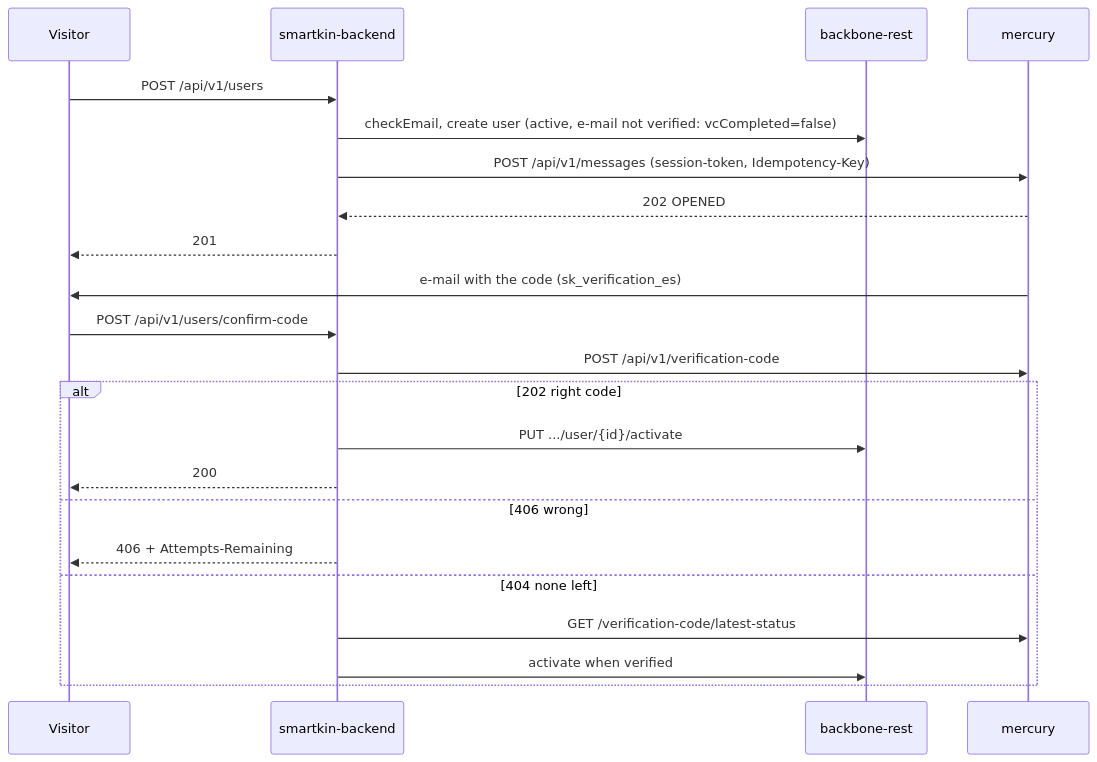
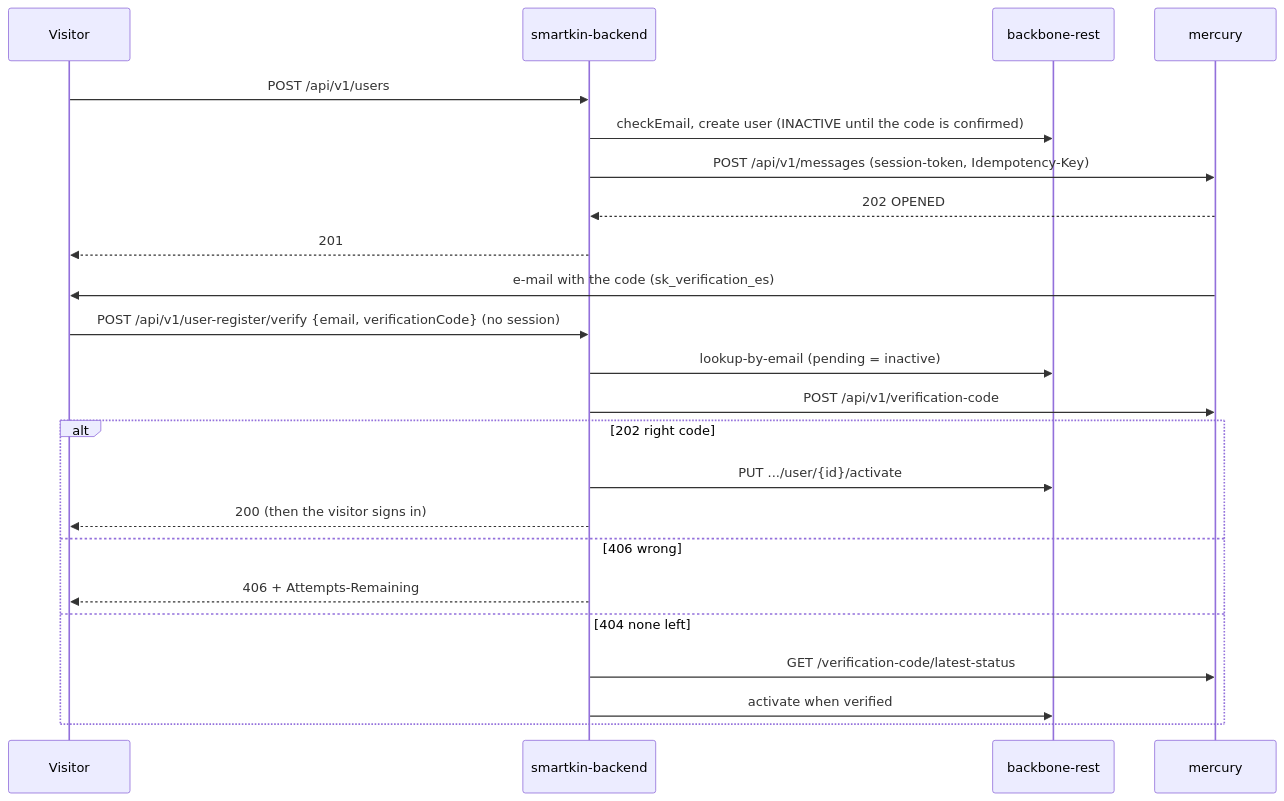
One commit to um-dev-creative/smartkin-backend changed the seventh of 33 diagrams in docs/TECHNICAL_GUIDE.md. Above: the diagram before and after it, drawn with Mermaid. The commit also changed other lines of this file and 14 other files, not shown here.

First line of the commit message:
feat(register): inactive sign-up and public e-mail verification, aligned with zerobound

````diff
--- a/docs/TECHNICAL_GUIDE.md
+++ b/docs/TECHNICAL_GUIDE.md
@@ -269,24 +269,25 @@
 ```mermaid
 sequenceDiagram
     participant U as Visitor
     participant S as smartkin-backend
     participant B as backbone-rest
     participant M as mercury
     U->>S: POST /api/v1/users
-    S->>B: checkEmail, create user (active, e-mail not verified: vcCompleted=false)
+    S->>B: checkEmail, create user (INACTIVE until the code is confirmed)
     S->>M: POST /api/v1/messages (session-token, Idempotency-Key)
     M-->>S: 202 OPENED
     S-->>U: 201
     M->>U: e-mail with the code (sk_verification_es)
-    U->>S: POST /api/v1/users/confirm-code
+    U->>S: POST /api/v1/user-register/verify {email, verificationCode} (no session)
+    S->>B: lookup-by-email (pending = inactive)
     S->>M: POST /api/v1/verification-code
     alt 202 right code
         S->>B: PUT .../user/{id}/activate
-        S-->>U: 200
+        S-->>U: 200 (then the visitor signs in)
     else 406 wrong
         S-->>U: 406 + Attempts-Remaining
     else 404 none left
         S->>M: GET /verification-code/latest-status
         S->>B: activate when verified
     end
 ```
````
